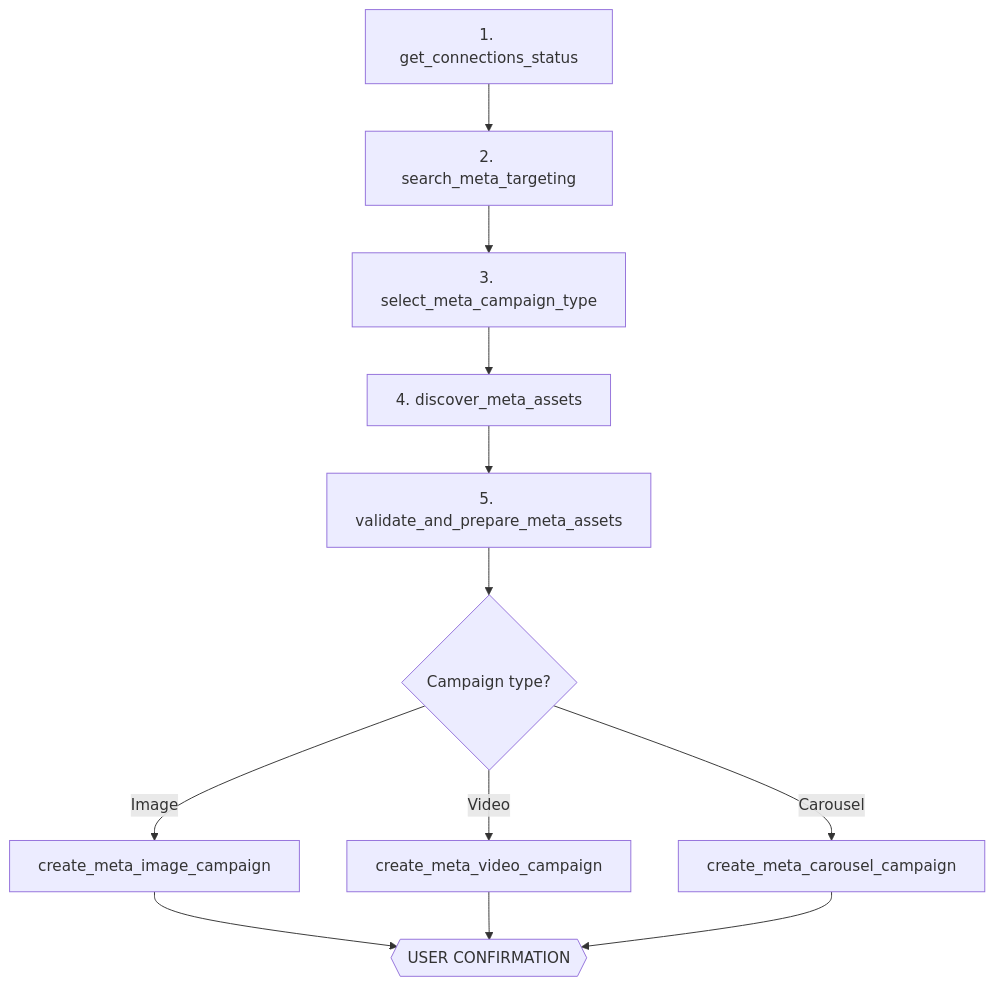
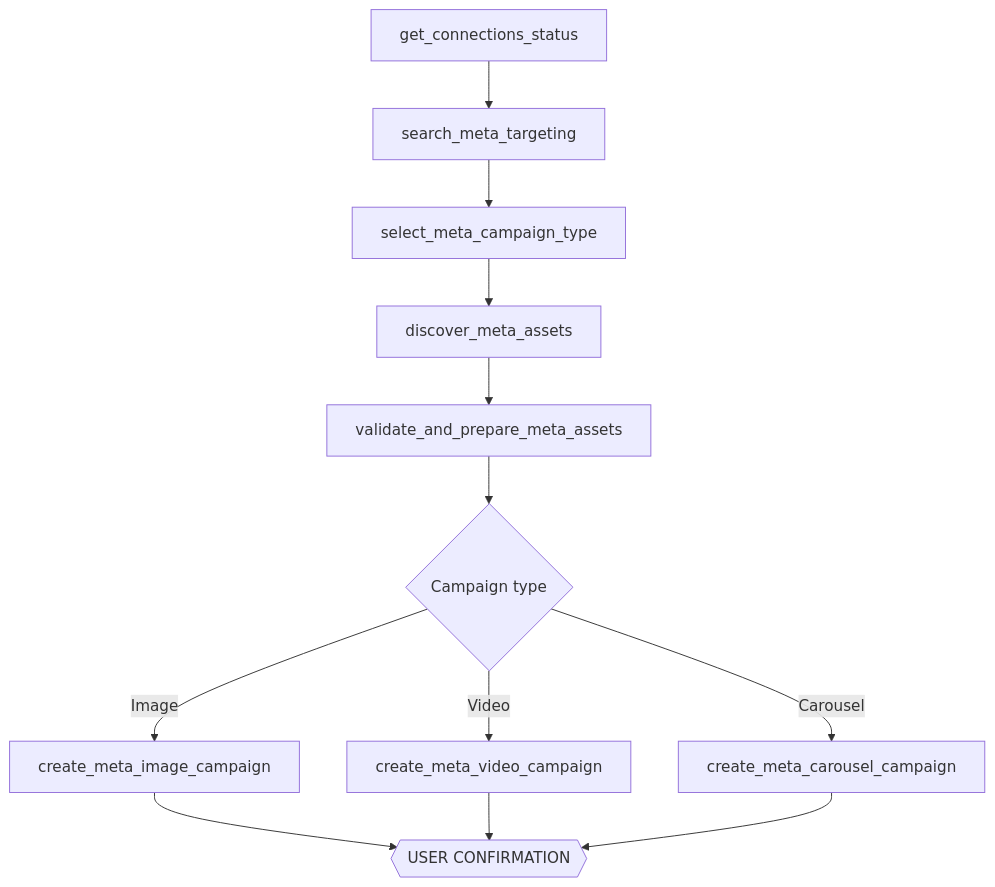
Before and after one commit to Adspirer/docs: the fourth of 8 diagrams in agent-skills/workflows.mdx, drawn with Mermaid. The commit also changed other lines of this file and 1 other file, not shown here.

First line of the commit message:
Fix Mermaid rendering: remove quotes, numbered prefixes, and special chars from node labels

````diff
--- a/agent-skills/workflows.mdx
+++ b/agent-skills/workflows.mdx
@@ -143,14 +143,14 @@
 ```mermaid
 flowchart TD
-    A["1. get_connections_status"] --> B["2. search_meta_targeting"]
-    B --> C["3. select_meta_campaign_type"]
-    C --> D["4. discover_meta_assets"]
-    D --> E["5. validate_and_prepare_meta_assets"]
-    E --> F{"Campaign type?"}
-    F -->|Image| G["create_meta_image_campaign"]
-    F -->|Video| H["create_meta_video_campaign"]
-    F -->|Carousel| I["create_meta_carousel_campaign"]
-    G --> J{{"USER CONFIRMATION"}}
+    A[get_connections_status] --> B[search_meta_targeting]
+    B --> C[select_meta_campaign_type]
+    C --> D[discover_meta_assets]
+    D --> E[validate_and_prepare_meta_assets]
+    E --> F{Campaign type}
+    F -->|Image| G[create_meta_image_campaign]
+    F -->|Video| H[create_meta_video_campaign]
+    F -->|Carousel| I[create_meta_carousel_campaign]
+    G --> J{{USER CONFIRMATION}}
     H --> J
     I --> J
 ```
````
